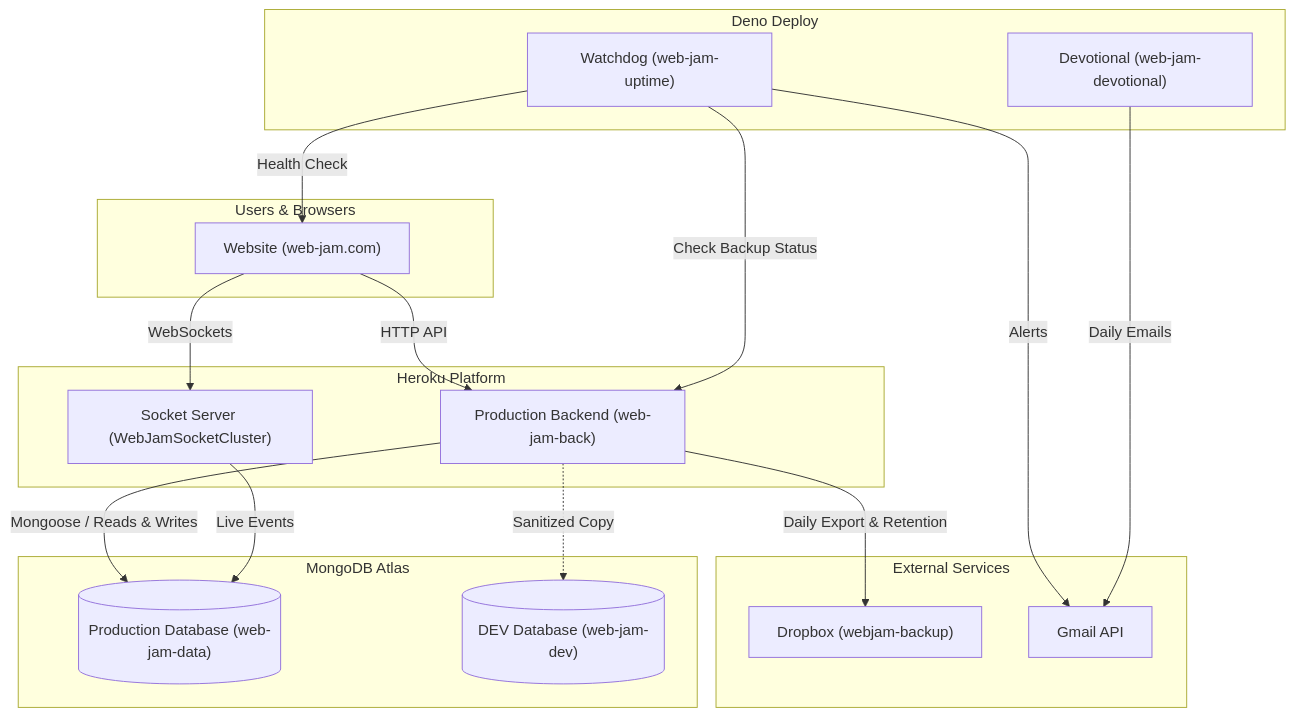
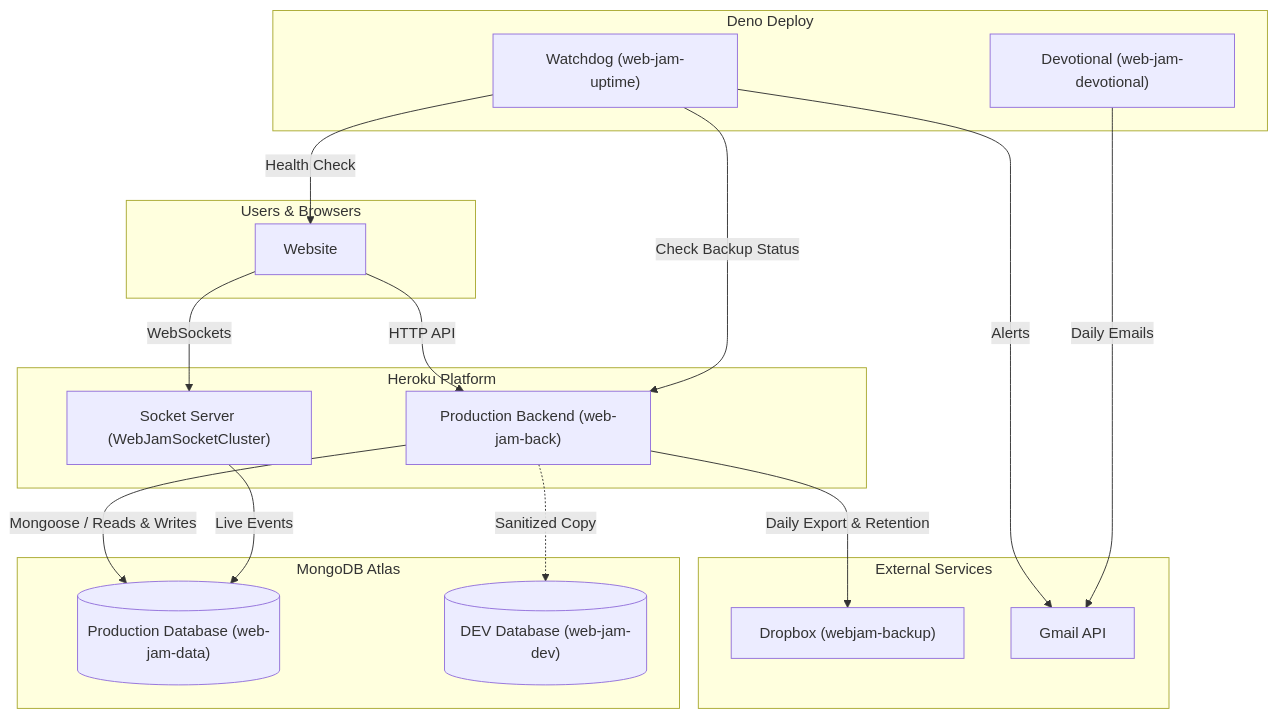
The diagram in docs/system-map.mmd (WebJamApps/web-jam-back), drawn with Mermaid before and after one commit. The commit also changed 6 other files, not shown here.

```diff
--- a/docs/system-map.mmd
+++ b/docs/system-map.mmd
@@ -1,36 +1,36 @@
 %% Rule: service names and connections only, never an address, a login or a secret.
 flowchart TD
     subgraph Users ["Users & Browsers"]
-        Website["Website (web-jam.com)"]
+        Website["Website"]
     end
 
     subgraph Heroku ["Heroku Platform"]
         ProdBack["Production Backend (web-jam-back)"]
         SocketBack["Socket Server (WebJamSocketCluster)"]
     end
 
     subgraph Atlas ["MongoDB Atlas"]
         ProdDB[("Production Database (web-jam-data)")]
         DevDB[("DEV Database (web-jam-dev)")]
     end
 
     subgraph External ["External Services"]
         Dropbox["Dropbox (webjam-backup)"]
         Gmail["Gmail API"]
     end
 
     subgraph DenoDeploy ["Deno Deploy"]
         UptimeWatchdog["Watchdog (web-jam-uptime)"]
         Devotional["Devotional (web-jam-devotional)"]
     end
 
     Website -->|"HTTP API"| ProdBack
     Website -->|"WebSockets"| SocketBack
     ProdBack -->|"Mongoose / Reads & Writes"| ProdDB
     SocketBack -->|"Live Events"| ProdDB
     ProdBack -->|"Daily Export & Retention"| Dropbox
     ProdBack -.->|"Sanitized Copy"| DevDB
     UptimeWatchdog -->|"Check Backup Status"| ProdBack
     UptimeWatchdog -->|"Health Check"| Website
     UptimeWatchdog -->|"Alerts"| Gmail
     Devotional -->|"Daily Emails"| Gmail
```
